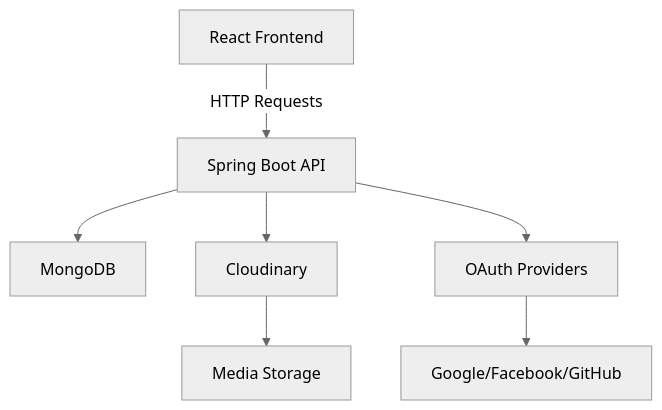
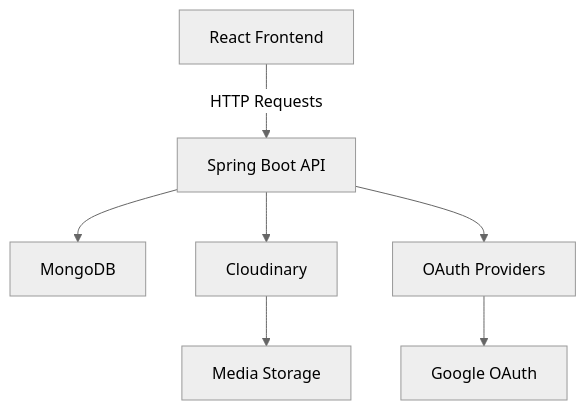
The diagram in README.md (KalpaVidusha/skill-sharing-platform), drawn with Mermaid (neutral theme) before and after one commit. The commit also changed other lines of this file, not shown here.

````diff
--- a/README.md
+++ b/README.md
@@ -68,9 +127,9 @@
 ```mermaid
 graph TD
     A[React Frontend] -->|HTTP Requests| B[Spring Boot API]
     B --> C[MongoDB]
     B --> D[Cloudinary]
     D --> E[Media Storage]
     B --> F[OAuth Providers]
-    F --> G[Google/Facebook/GitHub]
+    F --> G[Google OAuth]
 ```
````
